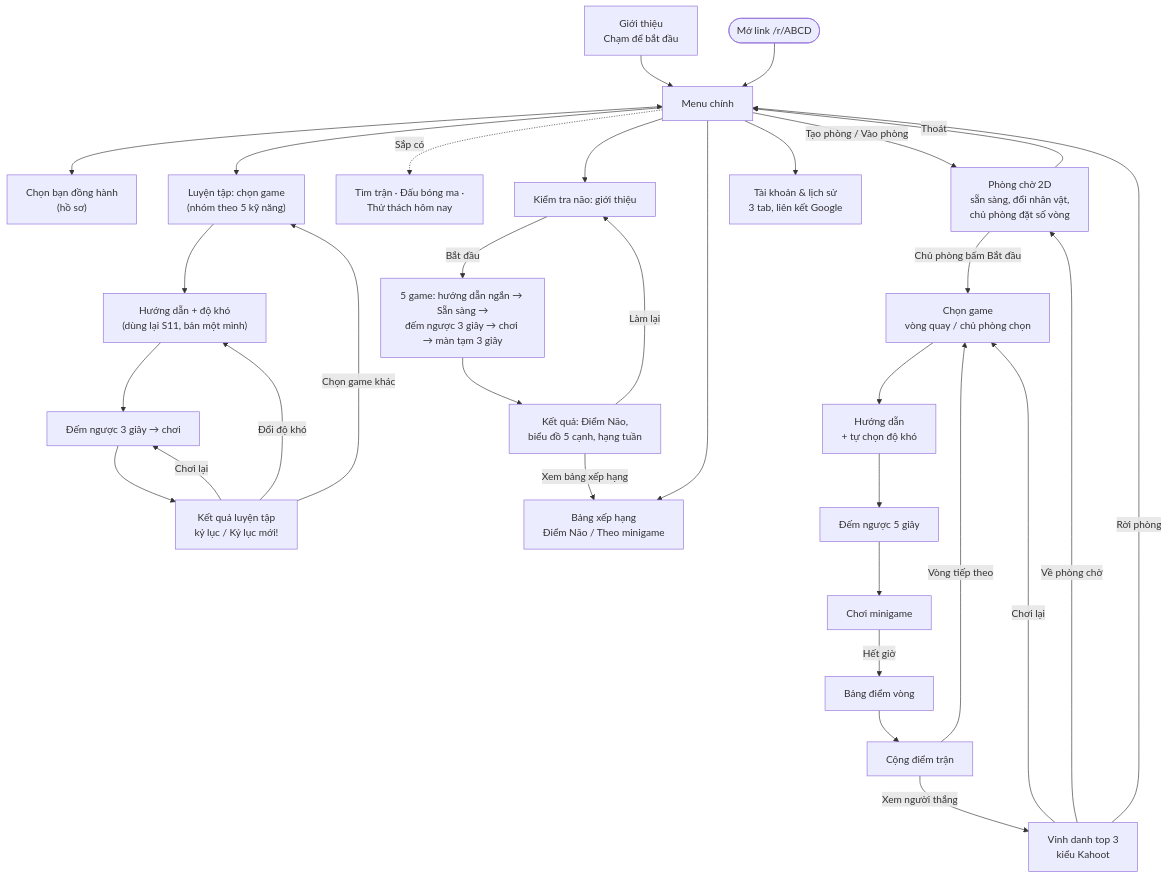
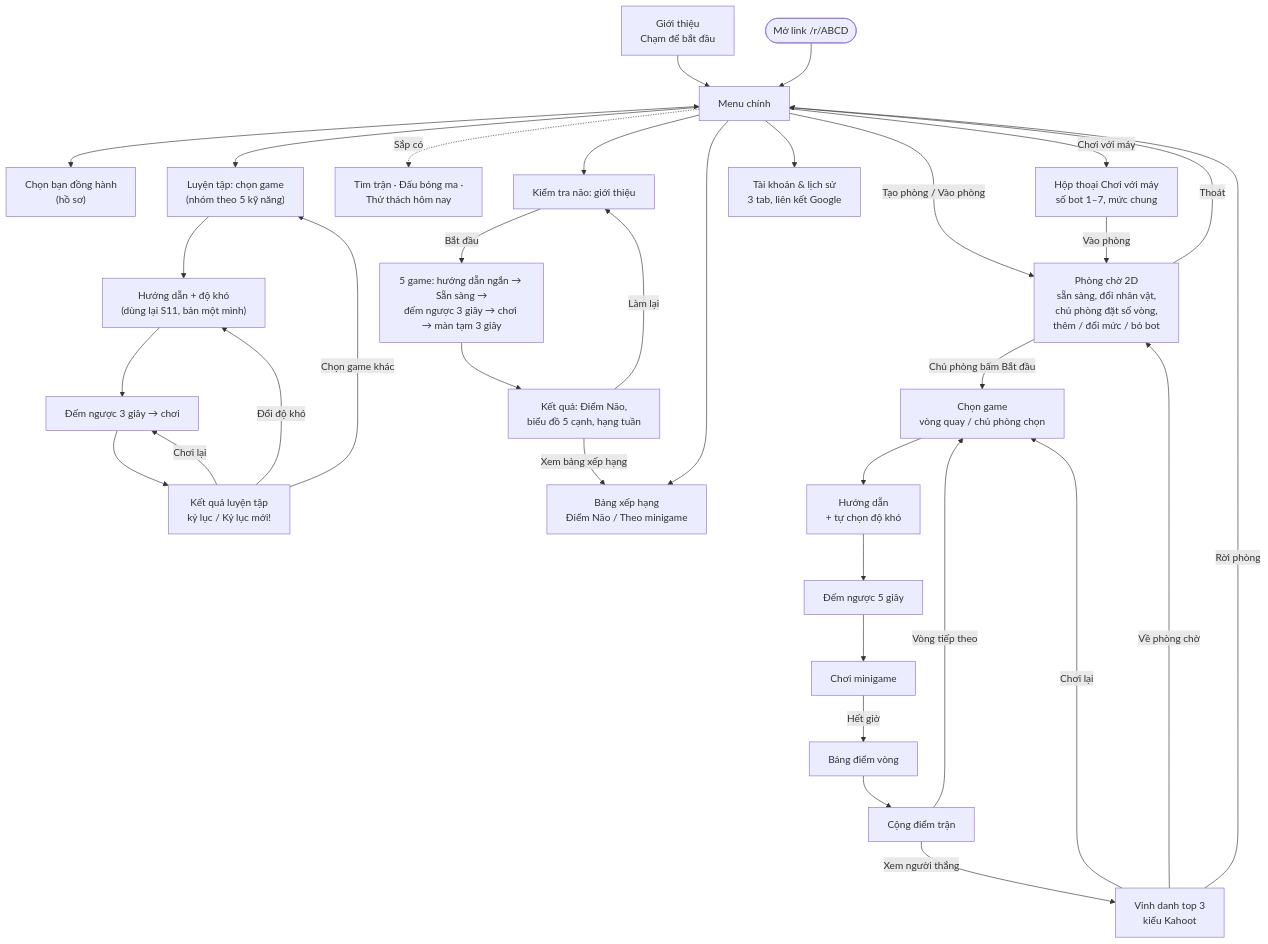
One commit to hungdinh-dev/brain-rizz changed the diagram in docs/01-product/ui-ux.md. Above: the diagram before and after it, drawn with Mermaid. The commit also changed other lines of this file and 119 other files, not shown here.

First line of the commit message:
feat: chơi với bot (CR-016, UC-23)

````diff
--- a/docs/01-product/ui-ux.md
+++ b/docs/01-product/ui-ux.md
@@ -24,34 +24,36 @@
 ```mermaid
 flowchart TD
   I["Giới thiệu<br/>Chạm để bắt đầu"] --> M["Menu chính"]
   L0(["Mở link /r/ABCD"]) --> M
   M <--> P["Chọn bạn đồng hành<br/>(hồ sơ)"]
-  M -->|"Tạo phòng / Vào phòng"| LB["Phòng chờ 2D<br/>sẵn sàng, đổi nhân vật,<br/>chủ phòng đặt số vòng"]
+  M -->|"Tạo phòng / Vào phòng"| LB["Phòng chờ 2D<br/>sẵn sàng, đổi nhân vật,<br/>chủ phòng đặt số vòng,<br/>thêm / đổi mức / bỏ bot"]
+  M -->|"Chơi với máy"| BD["Hộp thoại Chơi với máy<br/>số bot 1–7, mức chung"]
+  BD -->|"Vào phòng"| LB
   M -.->|"Sắp có"| X["Tìm trận · Đấu bóng ma ·<br/>Thử thách hôm nay"]
   M --> PK["Luyện tập: chọn game<br/>(nhóm theo 5 kỹ năng)"]
   PK --> PI["Hướng dẫn + độ khó<br/>(dùng lại S11, bản một mình)"]
   PI --> PP["Đếm ngược 3 giây → chơi"]
   PP --> PR["Kết quả luyện tập<br/>kỷ lục / Kỷ lục mới!"]
   PR -->|"Chơi lại"| PP
   PR -->|"Đổi độ khó"| PI
   PR -->|"Chọn game khác"| PK
   M --> BI["Kiểm tra não: giới thiệu"]
   BI -->|"Bắt đầu"| BG["5 game: hướng dẫn ngắn → Sẵn sàng →<br/>đếm ngược 3 giây → chơi → màn tạm 3 giây"]
   BG --> BR["Kết quả: Điểm Não,<br/>biểu đồ 5 cạnh, hạng tuần"]
   BR -->|"Làm lại"| BI
   BR -->|"Xem bảng xếp hạng"| LBD["Bảng xếp hạng<br/>Điểm Não / Theo minigame"]
   M --> LBD
   M --> AC["Tài khoản & lịch sử<br/>3 tab, liên kết Google"]
   LB -->|"Chủ phòng bấm Bắt đầu"| GS["Chọn game<br/>vòng quay / chủ phòng chọn"]
   GS --> GI["Hướng dẫn<br/>+ tự chọn độ khó"]
   GI --> CD["Đếm ngược 5 giây"]
   CD --> PL["Chơi minigame"]
   PL -->|"Hết giờ"| R["Bảng điểm vòng"]
   R --> MP["Cộng điểm trận"]
   MP -->|"Vòng tiếp theo"| GS
   MP -->|"Xem người thắng"| PD["Vinh danh top 3<br/>kiểu Kahoot"]
   PD -->|"Chơi lại"| GS
   PD -->|"Về phòng chờ"| LB
   LB -->|"Thoát"| M
   PD -->|"Rời phòng"| M
 ```
````
